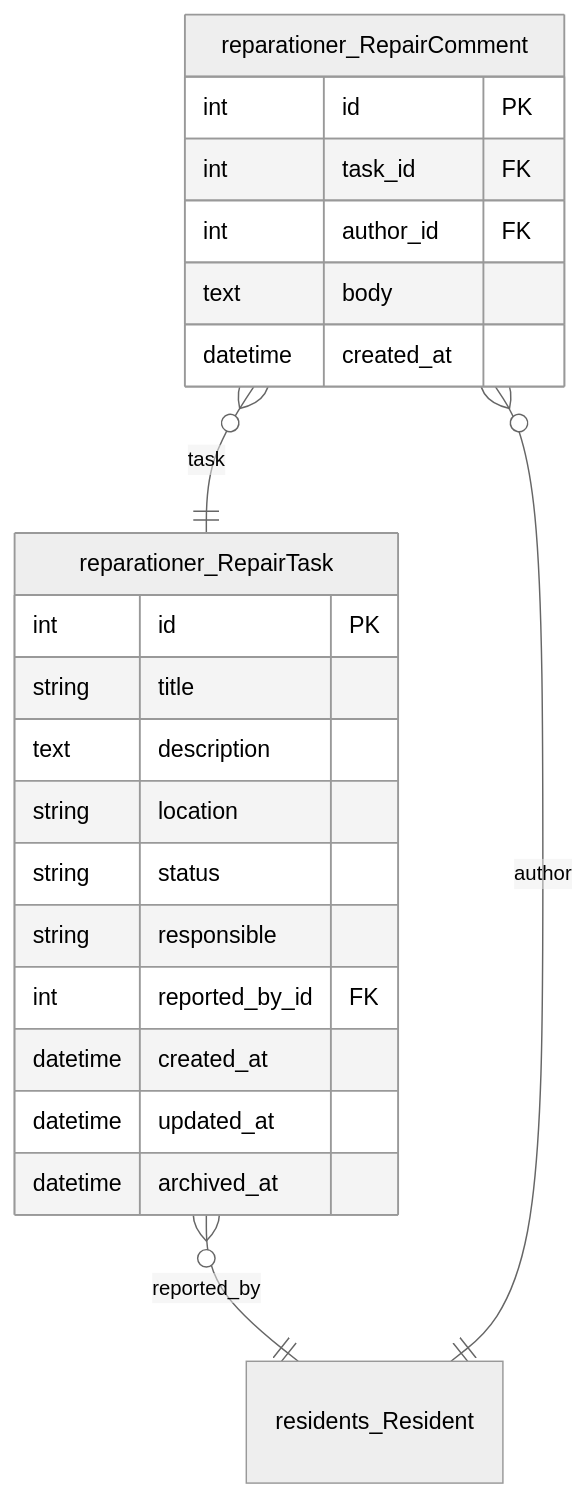
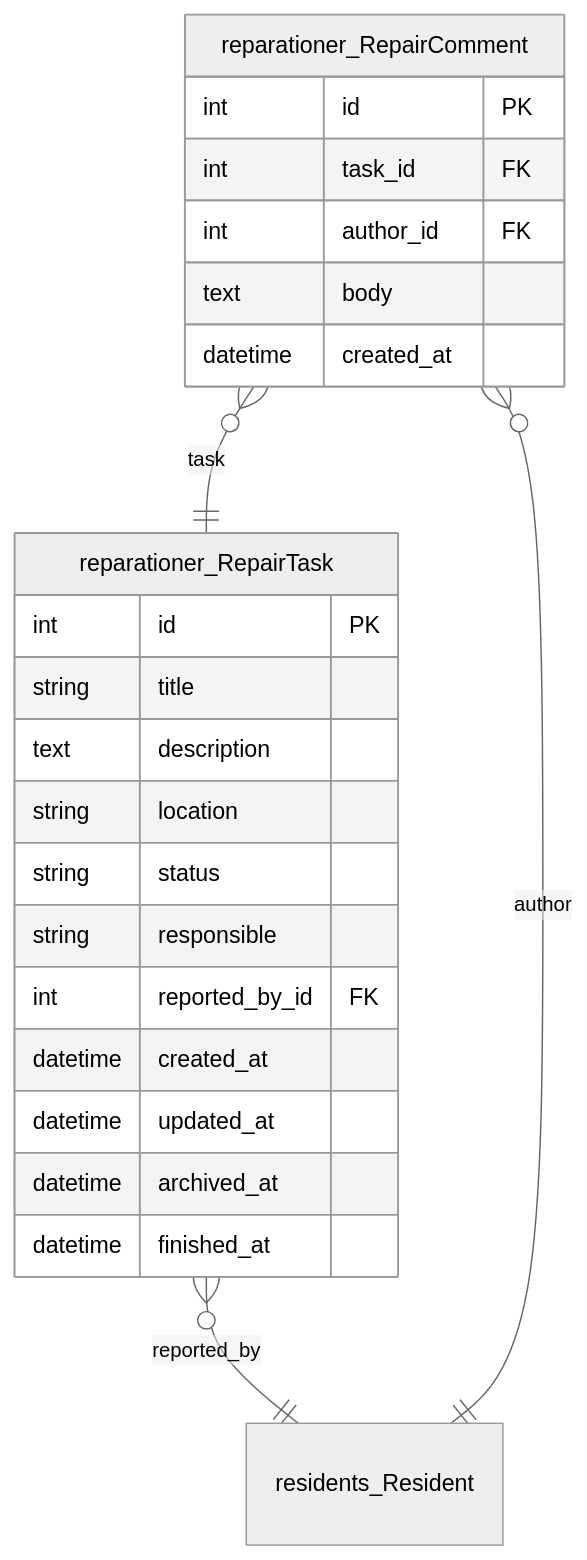
One commit to GAHK-org/gahk_intern changed diagram 12 of 15 in docs/erd.md. Above: the diagram before and after it, drawn with Mermaid (neutral theme). The commit also changed other lines of this file and 7 other files, not shown here.

````diff
--- a/docs/erd.md
+++ b/docs/erd.md
@@ -1386,29 +1387,30 @@
 ```mermaid
 erDiagram
     reparationer_RepairTask {
         int id PK
         string title
         text description
         string location
         string status
         string responsible
         int reported_by_id FK
         datetime created_at
         datetime updated_at
         datetime archived_at
+        datetime finished_at
     }
 
     reparationer_RepairComment {
         int id PK
         int task_id FK
         int author_id FK
         text body
         datetime created_at
     }
 
     residents_Resident { }
 
     reparationer_RepairTask }o--|| residents_Resident : "reported_by"
     reparationer_RepairComment }o--|| reparationer_RepairTask : "task"
     reparationer_RepairComment }o--|| residents_Resident : "author"
 ```
````
